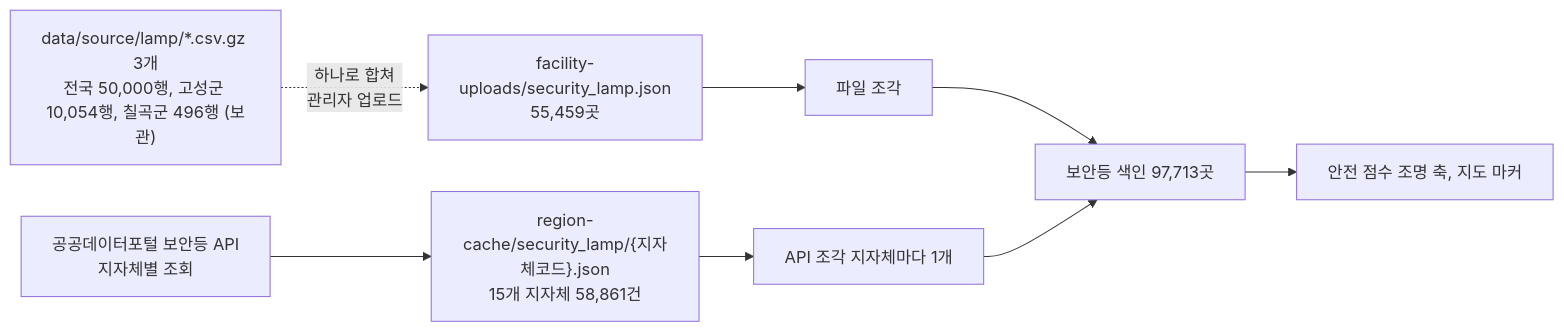
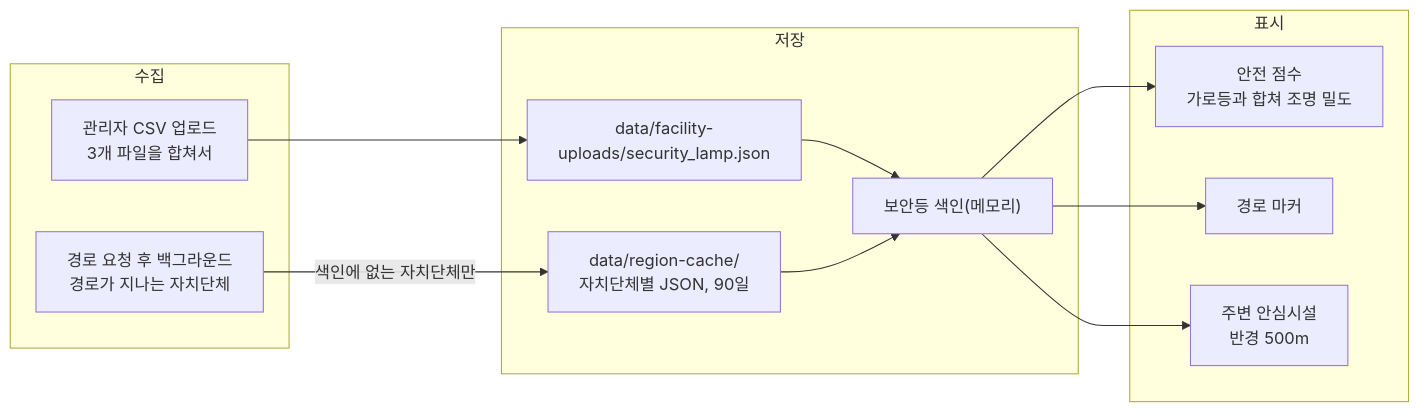
Before and after one commit to soo-ai-agent/bueongi-backend: the diagram in docs/safety-spots/security-lamp.md, drawn with Mermaid. The commit also changed other lines of this file and 7 other files, not shown here.

First line of the commit message:
docs(backend): 안심시설 문서 8개를 실제 CSV 필드와 수집-저장-표시 흐름 중심으로 다시 씀

````diff
--- a/docs/safety-spots/security-lamp.md
+++ b/docs/safety-spots/security-lamp.md
@@ -14,10 +53,24 @@
 ```mermaid
 flowchart LR
-    CSV1["data/source/lamp/*.csv.gz 3개<br/>전국 50,000행, 고성군 10,054행, 칠곡군 496행 (보관)"] -.->|"하나로 합쳐<br/>관리자 업로드"| UPJ
-    UPJ["facility-uploads/security_lamp.json<br/>55,459곳"] --> FILE["파일 조각"]
-    API["공공데이터포털 보안등 API<br/>지자체별 조회"] --> RC["region-cache/security_lamp/{지자체코드}.json<br/>15개 지자체 58,861건"]
-    RC --> REGION["API 조각 지자체마다 1개"]
-    FILE --> IDX["보안등 색인 97,713곳"]
-    REGION --> IDX
-    IDX --> USE["안전 점수 조명 축, 지도 마커"]
+    subgraph 수집
+        A1["관리자 CSV 업로드<br/>3개 파일을 합쳐서"]
+        A2["경로 요청 후 백그라운드<br/>경로가 지나는 자치단체"]
+    end
+    subgraph 저장
+        B1["data/facility-uploads/security_lamp.json"]
+        B2["data/region-cache/<br/>자치단체별 JSON, 90일"]
+        C["보안등 색인(메모리)"]
+    end
+    subgraph 표시
+        E1["안전 점수<br/>가로등과 합쳐 조명 밀도"]
+        E2["경로 마커"]
+        E3["주변 안심시설<br/>반경 500m"]
+    end
+    A1 --> B1
+    A2 -->|"색인에 없는 자치단체만"| B2
+    B1 --> C
+    B2 --> C
+    C --> E1
+    C --> E2
+    C --> E3
 ```
````
